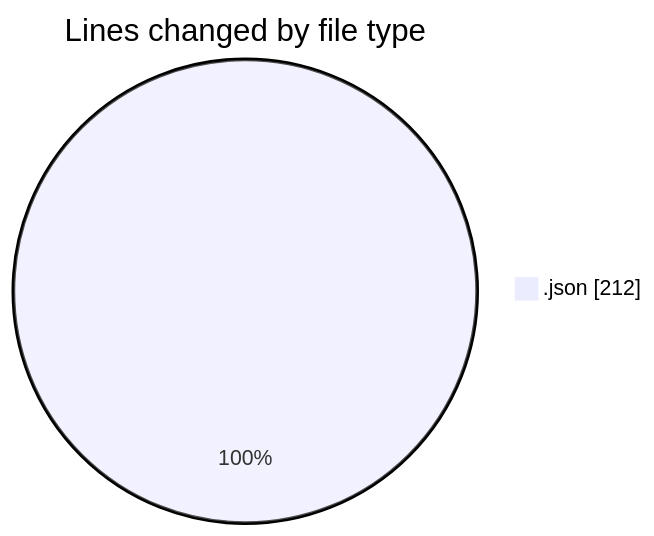
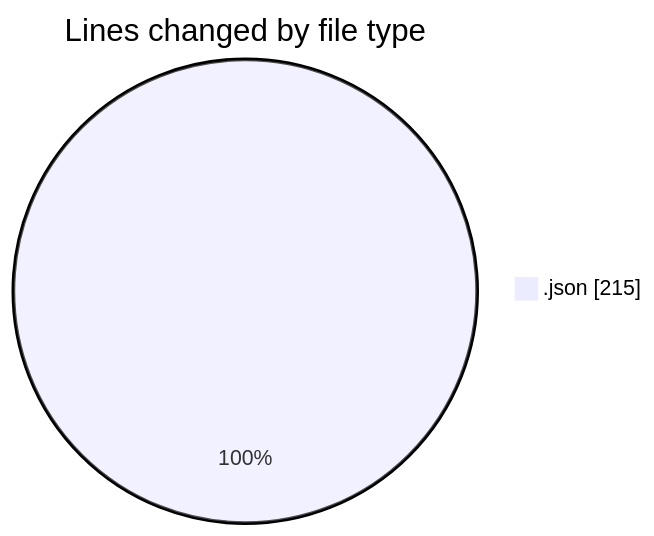
One commit to Ritupan-Deka/code-tracking changed the first of 2 diagrams in 2025-07-10/urlwebwala_intership_work/README.md. Above: the diagram before and after it, drawn with Mermaid. The commit also changed other lines of this file and 1 other file, not shown here.

````diff
--- a/2025-07-10/urlwebwala_intership_work/README.md
+++ b/2025-07-10/urlwebwala_intership_work/README.md
@@ -20,5 +20,5 @@
 ```mermaid
 pie showData
 title Lines changed by file type
-".json" : 212
+".json" : 215
 ```
````
